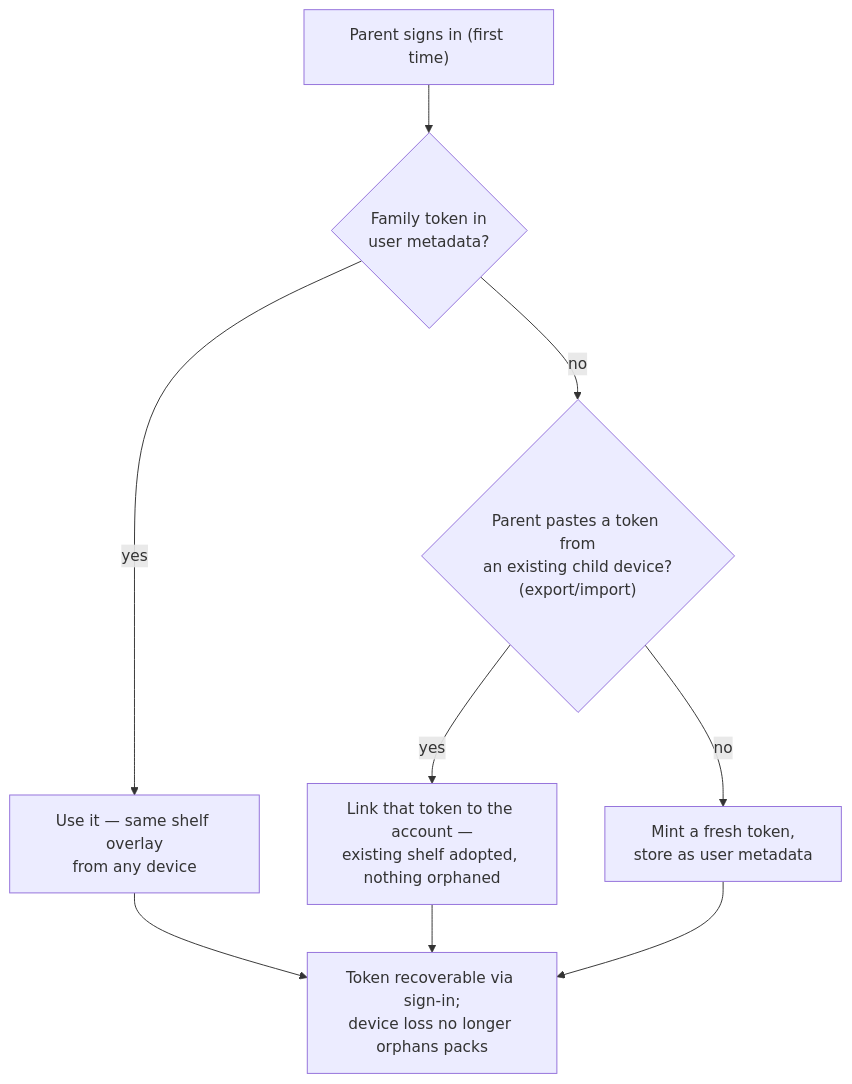
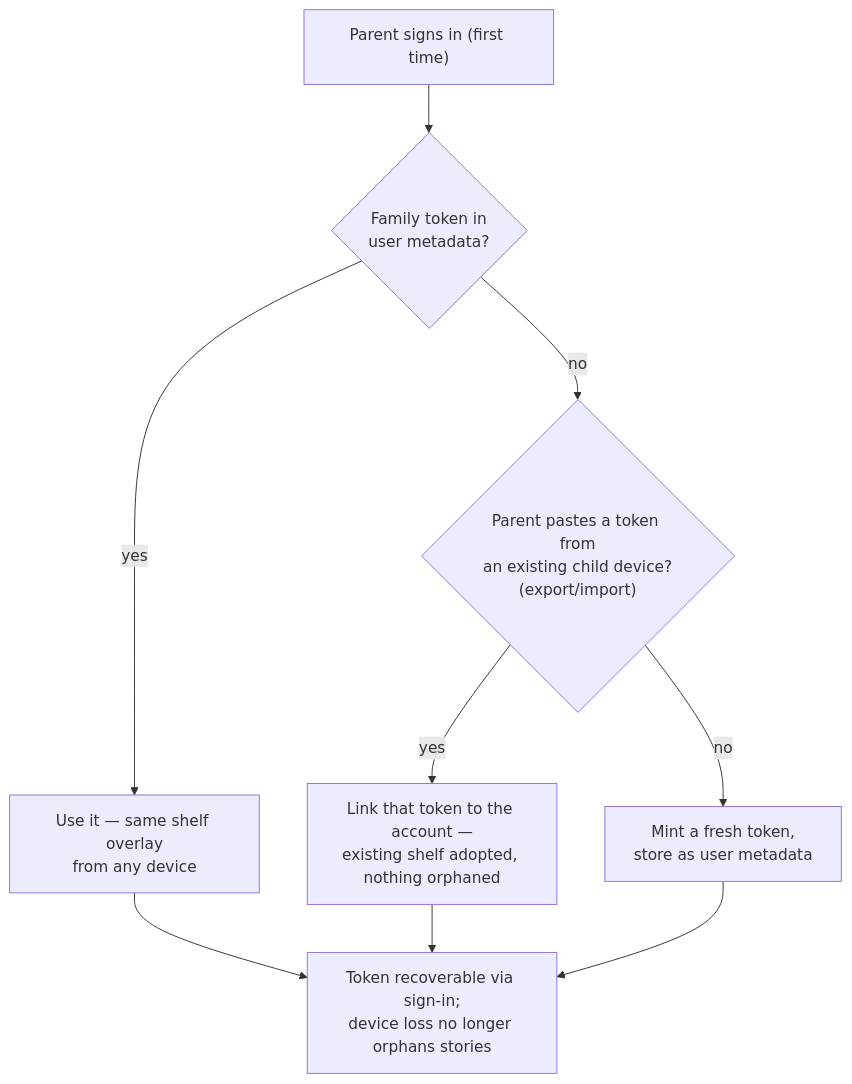
Before and after one commit to darth-dodo/cantastorie: the third of 3 diagrams in docs/adr/ADR-003-parent-authentication-clerk.md, drawn with Mermaid. The commit also changed other lines of this file and 44 other files, not shown here.

````diff
--- a/docs/adr/ADR-003-parent-authentication-clerk.md
+++ b/docs/adr/ADR-003-parent-authentication-clerk.md
@@ -347,9 +348,9 @@
    ```mermaid
    flowchart TD
        S["Parent signs in (first time)"] --> Q{"Family token in<br/>user metadata?"}
        Q -- yes --> Use["Use it — same shelf overlay<br/>from any device"]
        Q -- no --> Q2{"Parent pastes a token from<br/>an existing child device?<br/>(export/import)"}
        Q2 -- yes --> Link["Link that token to the account —<br/>existing shelf adopted, nothing orphaned"]
        Q2 -- no --> Mint["Mint a fresh token,<br/>store as user metadata"]
-       Use & Link & Mint --> Done["Token recoverable via sign-in;<br/>device loss no longer orphans packs"]
+       Use & Link & Mint --> Done["Token recoverable via sign-in;<br/>device loss no longer orphans stories"]
    ```
````
